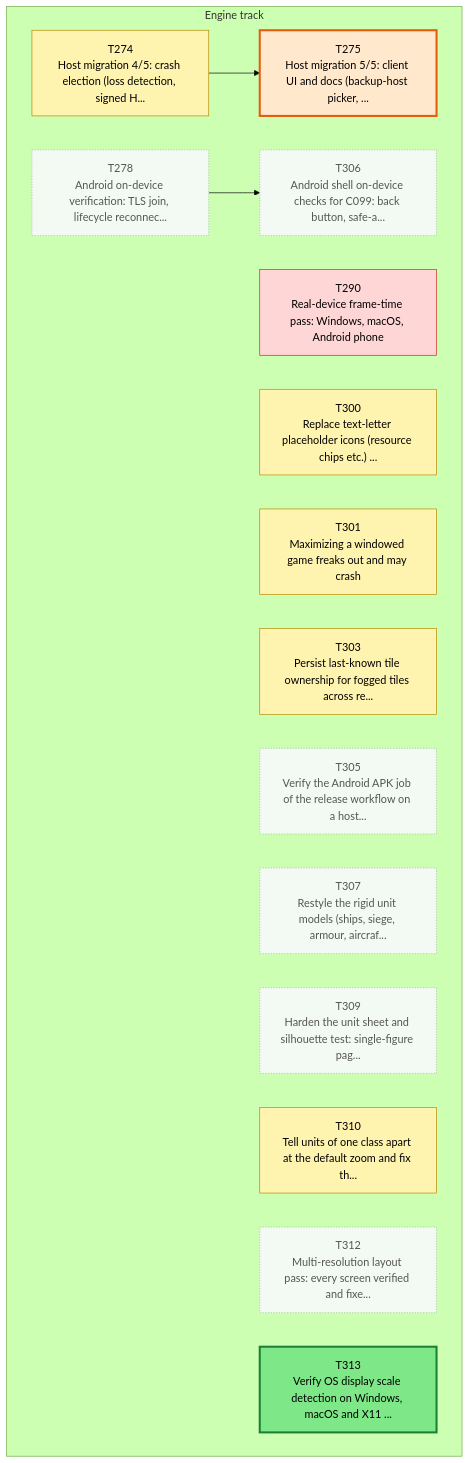
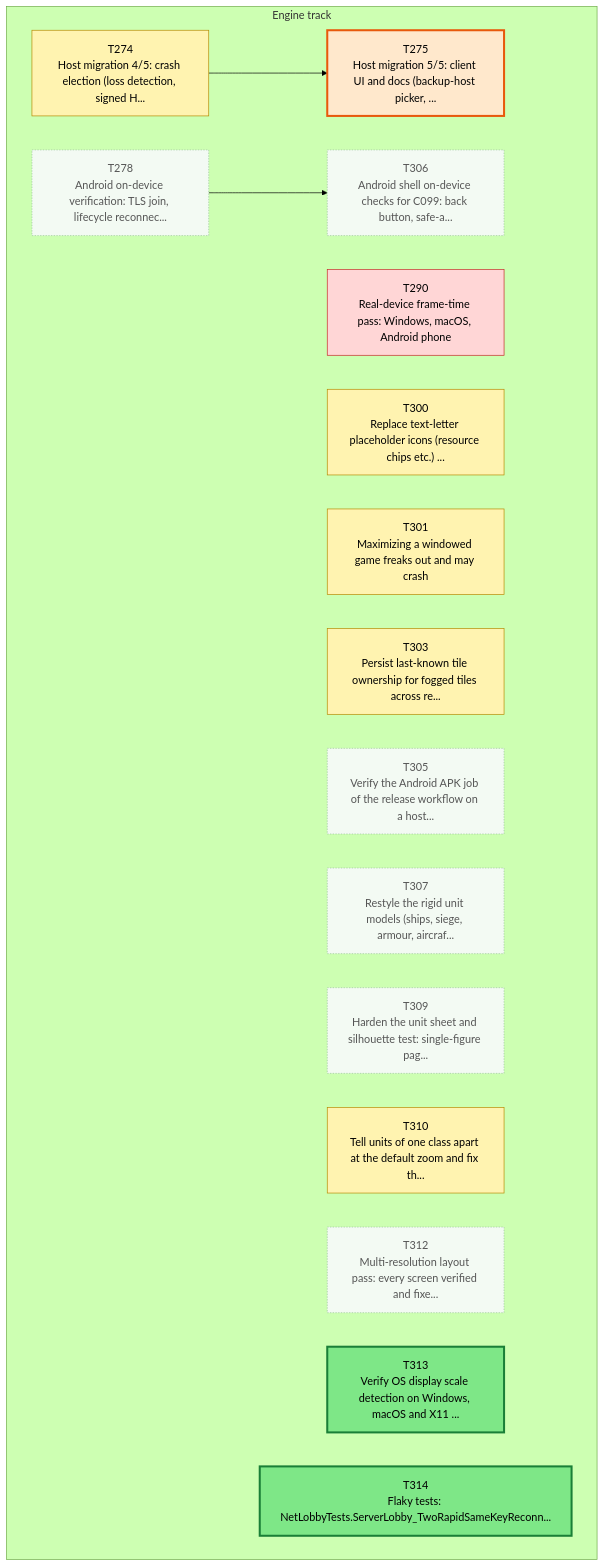
Before and after one commit to Kenmura/Unciv: the first of 3 diagrams in csharp/migration/DEPENDENCY_MAP.md, drawn with Mermaid (forest theme). The commit also changed other lines of this file and 2 other files, not shown here.

First line of the commit message:
migration: file flaky-test ticket from T308/T311 hand-backs [Claude]

````diff
--- a/csharp/migration/DEPENDENCY_MAP.md
+++ b/csharp/migration/DEPENDENCY_MAP.md
@@ -35,42 +35,44 @@
 ```mermaid
 flowchart TD
   subgraph TTRACK["Engine track"]
     T274["T274<br/>Host migration 4/5: crash election (loss detection, signed H..."]
     T275["T275<br/>Host migration 5/5: client UI and docs (backup-host picker, ..."]
     T278["T278<br/>Android on-device verification: TLS join, lifecycle reconnec..."]
     T290["T290<br/>Real-device frame-time pass: Windows, macOS, Android phone"]
     T300["T300<br/>Replace text-letter placeholder icons (resource chips etc.) ..."]
     T301["T301<br/>Maximizing a windowed game freaks out and may crash"]
     T303["T303<br/>Persist last-known tile ownership for fogged tiles across re..."]
     T305["T305<br/>Verify the Android APK job of the release workflow on a host..."]
     T306["T306<br/>Android shell on-device checks for C099: back button, safe-a..."]
     T307["T307<br/>Restyle the rigid unit models (ships, siege, armour, aircraf..."]
     T309["T309<br/>Harden the unit sheet and silhouette test: single-figure pag..."]
     T310["T310<br/>Tell units of one class apart at the default zoom and fix th..."]
     T312["T312<br/>Multi-resolution layout pass: every screen verified and fixe..."]
     T313["T313<br/>Verify OS display scale detection on Windows, macOS and X11 ..."]
+    T314["T314<br/>Flaky tests: NetLobbyTests.ServerLobby_TwoRapidSameKeyReconn..."]
   end
   T274 --> T275
   T278 --> T306
   classDef waiting fill:#f3faf3,stroke:#9bc49b,color:#555,stroke-dasharray:2 2
   classDef ondeck fill:#ffe8cc,stroke:#e8590c,stroke-width:3px,color:#000
   classDef ready fill:#7ee787,stroke:#1a7f37,stroke-width:3px,color:#000
   classDef prog fill:#fff3b0,stroke:#b58900,color:#000
   classDef review fill:#cfe4ff,stroke:#1f6feb,color:#000
   classDef blocked fill:#ffd6d6,stroke:#c62828,color:#000
   classDef done fill:#eeeeee,stroke:#999999,color:#666,stroke-dasharray:4 3
   class T274 prog
   class T275 ondeck
   class T278 waiting
   class T290 blocked
   class T300 prog
   class T301 prog
   class T303 prog
   class T305 waiting
   class T306 waiting
   class T307 waiting
   class T309 waiting
   class T310 prog
   class T312 waiting
   class T313 ready
+  class T314 ready
 ```
````
